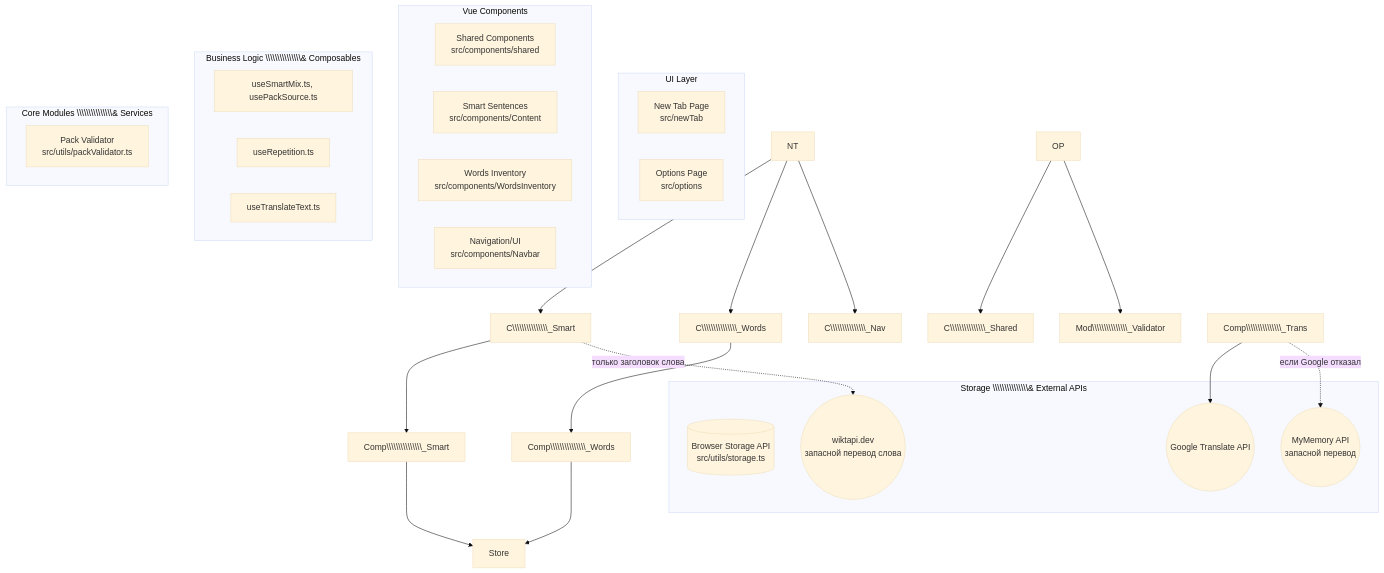
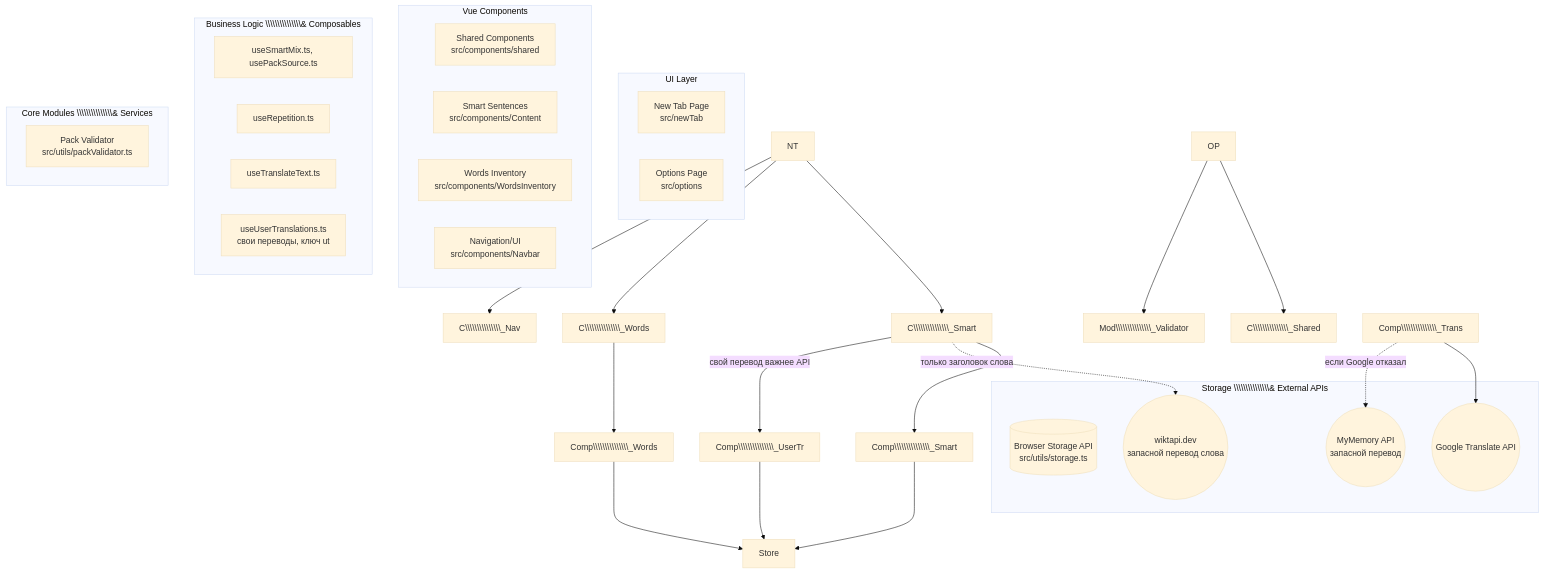
Before and after one commit to KyriosGrey/LingoTab: the diagram in ARCHITECTURE.md, drawn with Mermaid (base theme). The commit also changed other lines of this file and 37 other files, not shown here.

````diff
--- a/ARCHITECTURE.md
+++ b/ARCHITECTURE.md
@@ -105,47 +141,50 @@
 ```mermaid
 graph TD
     subgraph UI Layer
         NT\\\\\\\\\\\\\\\[New Tab Page<br/>src/newTab]
         OP\\\\\\\\\\\\\\\[Options Page<br/>src/options]
     end
 
     subgraph Vue Components
         C\\\\\\\\\\\\\\\_Shared\\\\\\\\\\\\\\\[Shared Components<br/>src/components/shared]
         C\\\\\\\\\\\\\\\_Smart\\\\\\\\\\\\\\\[Smart Sentences<br/>src/components/Content]
         C\\\\\\\\\\\\\\\_Words\\\\\\\\\\\\\\\[Words Inventory<br/>src/components/WordsInventory]
         C\\\\\\\\\\\\\\\_Nav\\\\\\\\\\\\\\\[Navigation/UI<br/>src/components/Navbar]
     end
 
     subgraph Business Logic \\\\\\\\\\\\\\\& Composables
         Comp\\\\\\\\\\\\\\\_Smart\\\\\\\\\\\\\\\[useSmartMix.ts, usePackSource.ts]
         Comp\\\\\\\\\\\\\\\_Words\\\\\\\\\\\\\\\[useRepetition.ts]
         Comp\\\\\\\\\\\\\\\_Trans\\\\\\\\\\\\\\\[useTranslateText.ts]
+        Comp\\\\\\\\\\\\\\\_UserTr\\\\\\\\\\\\\\\[useUserTranslations.ts<br/>свои переводы, ключ ut]
     end
 
     subgraph Core Modules \\\\\\\\\\\\\\\& Services
         Mod\\\\\\\\\\\\\\\_Validator\\\\\\\\\\\\\\\[Pack Validator<br/>src/utils/packValidator.ts]
     end
 
     subgraph Storage \\\\\\\\\\\\\\\& External APIs
         Store\\\\\\\\\\\\\\\[(Browser Storage API<br/>src/utils/storage.ts)]
         GTrans((Google Translate API))
         MyMem((MyMemory API<br/>запасной перевод))
         Wikt((wiktapi.dev<br/>запасной перевод слова))
     end
 
     NT --> C\\\\\\\\\\\\\\\_Smart
     NT --> C\\\\\\\\\\\\\\\_Words
     NT --> C\\\\\\\\\\\\\\\_Nav
     
     OP --> C\\\\\\\\\\\\\\\_Shared
     OP --> Mod\\\\\\\\\\\\\\\_Validator
     
     C\\\\\\\\\\\\\\\_Smart --> Comp\\\\\\\\\\\\\\\_Smart
     C\\\\\\\\\\\\\\\_Words --> Comp\\\\\\\\\\\\\\\_Words
     
     Comp\\\\\\\\\\\\\\\_Smart --> Store
     Comp\\\\\\\\\\\\\\\_Words --> Store
     Comp\\\\\\\\\\\\\\\_Trans --> GTrans
     Comp\\\\\\\\\\\\\\\_Trans -.->|если Google отказал| MyMem
     C\\\\\\\\\\\\\\\_Smart -.->|только заголовок слова| Wikt
+    C\\\\\\\\\\\\\\\_Smart -->|свой перевод важнее API| Comp\\\\\\\\\\\\\\\_UserTr
+    Comp\\\\\\\\\\\\\\\_UserTr --> Store
 ```
````
